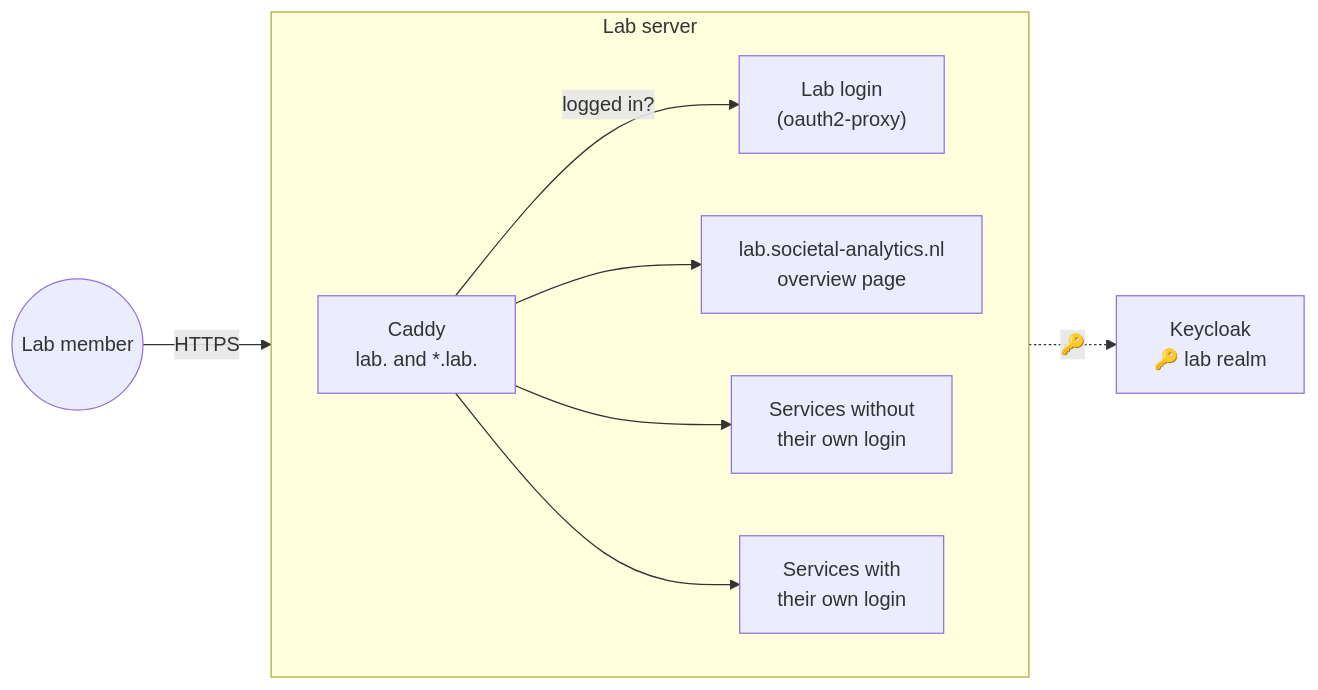
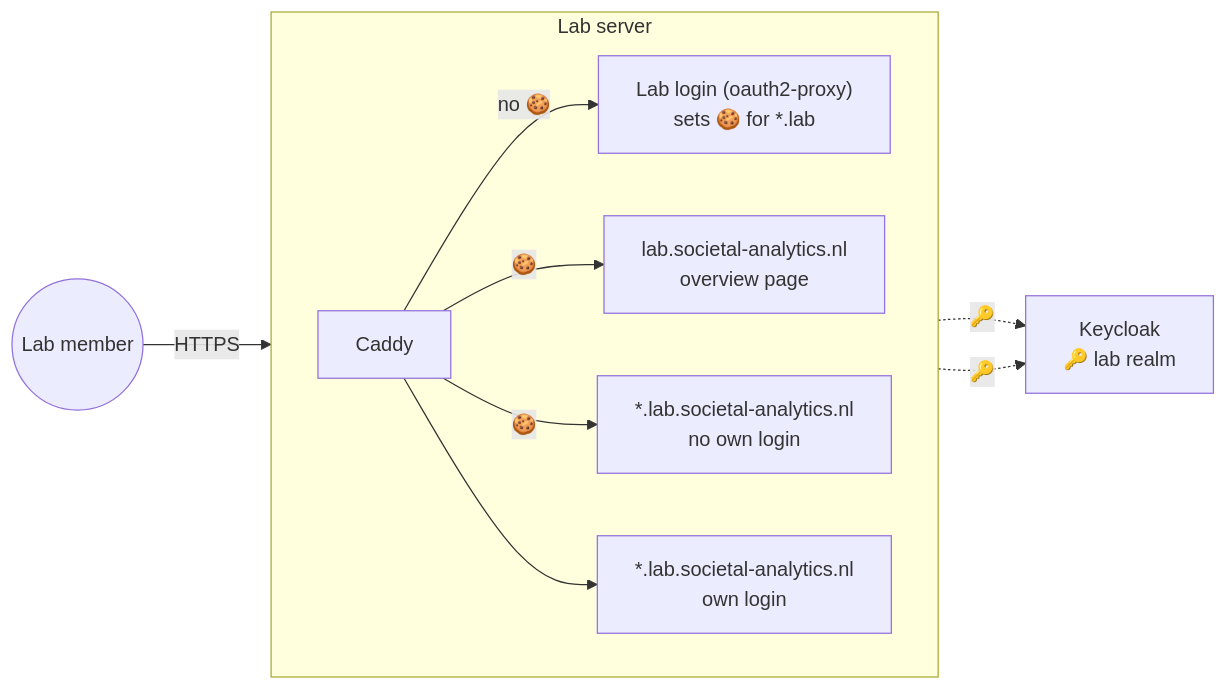
One commit to kasperwelbers/societal-analytics-lab-infra changed the diagram in docs/servers/lab.md. Above: the diagram before and after it, drawn with Mermaid. The commit also changed other lines of this file and 5 other files, not shown here.

First line of the commit message:
Docs: simpler overview map, cookie flow in the lab server map, Docker warnings page

````diff
--- a/docs/servers/lab.md
+++ b/docs/servers/lab.md
@@ -7,22 +7,23 @@
 ```mermaid
 flowchart LR
     Member((Lab member))
 
     subgraph Server ["Lab server"]
         direction LR
-        Caddy["Caddy<br/>lab. and *.lab."]
-        Login["Lab login<br/>(oauth2-proxy)"]
+        Caddy["Caddy"]
+        Login["Lab login (oauth2-proxy)<br/>sets 🍪 for *.lab"]
         Overview["lab.societal-analytics.nl<br/>overview page"]
-        Walled["Services without<br/>their own login"]
-        Own["Services with<br/>their own login"]
-        Caddy -->|"logged in?"| Login
-        Caddy --> Overview
-        Caddy --> Walled
+        Walled["*.lab.societal-analytics.nl<br/>no own login"]
+        Own["*.lab.societal-analytics.nl<br/>own login"]
+        Caddy -->|no 🍪| Login
+        Caddy -->|🍪| Overview
+        Caddy -->|🍪| Walled
         Caddy --> Own
     end
 
     KC["Keycloak<br/>🔑 lab realm"]
 
     Member -->|HTTPS| Caddy
     Login -.->|🔑| KC
+    Own -.->|🔑| KC
 ```
````
